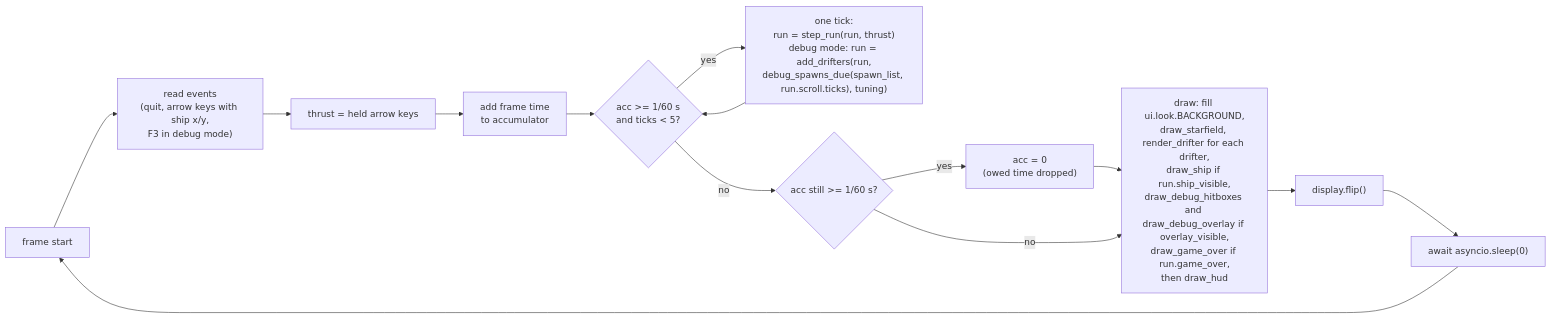
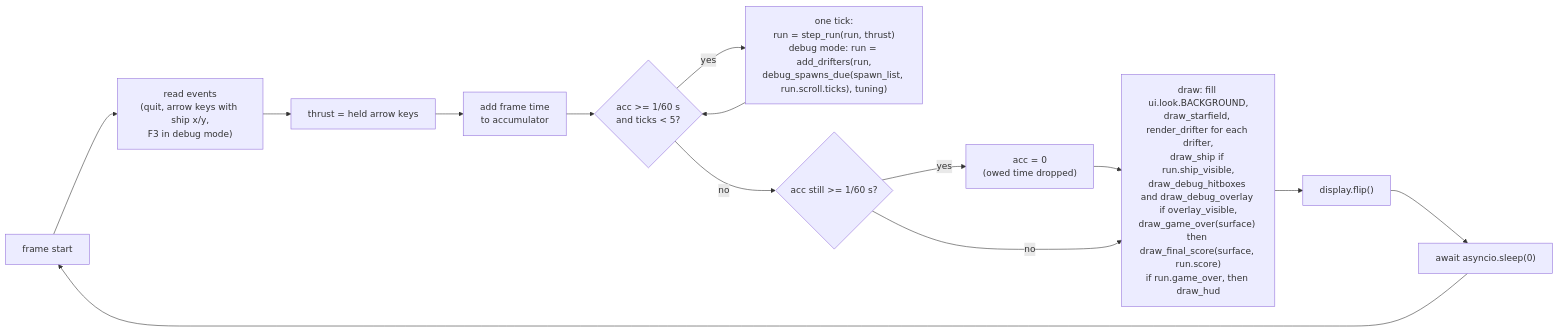
Before and after one commit to david-mntl/driftward-ace: the third of 3 diagrams in docs/contracts/systems/app.md, drawn with Mermaid. The commit also changed other lines of this file and 38 other files, not shown here.

````diff
--- a/docs/contracts/systems/app.md
+++ b/docs/contracts/systems/app.md
@@ -80,14 +80,14 @@
 ```mermaid
 flowchart LR
   F["frame start"] --> EV["read events<br/>(quit, arrow keys with ship x/y,<br/>F3 in debug mode)"]
   EV --> HK["thrust = held arrow keys"]
   HK --> AC["add frame time<br/>to accumulator"]
   AC --> T{"acc >= 1/60 s<br/>and ticks < 5?"}
   T -- yes --> TK["one tick:<br/>run = step_run(run, thrust)<br/>debug mode: run = add_drifters(run,<br/>debug_spawns_due(spawn_list, run.scroll.ticks), tuning)"] --> T
   T -- no --> CAP{"acc still >= 1/60 s?"}
   CAP -- yes --> DROP["acc = 0<br/>(owed time dropped)"] --> D
-  CAP -- no --> D["draw: fill ui.look.BACKGROUND,<br/>draw_starfield, render_drifter for each drifter,<br/>draw_ship if run.ship_visible,<br/>draw_debug_hitboxes and draw_debug_overlay if overlay_visible,<br/>draw_game_over if run.game_over,<br/>then draw_hud"]
+  CAP -- no --> D["draw: fill ui.look.BACKGROUND,<br/>draw_starfield, render_drifter for each drifter,<br/>draw_ship if run.ship_visible,<br/>draw_debug_hitboxes and draw_debug_overlay if overlay_visible,<br/>draw_game_over(surface) then draw_final_score(surface, run.score)<br/>if run.game_over, then draw_hud"]
   D --> FL["display.flip()"]
   FL --> Y["await asyncio.sleep(0)"]
   Y --> F
 ```
````
